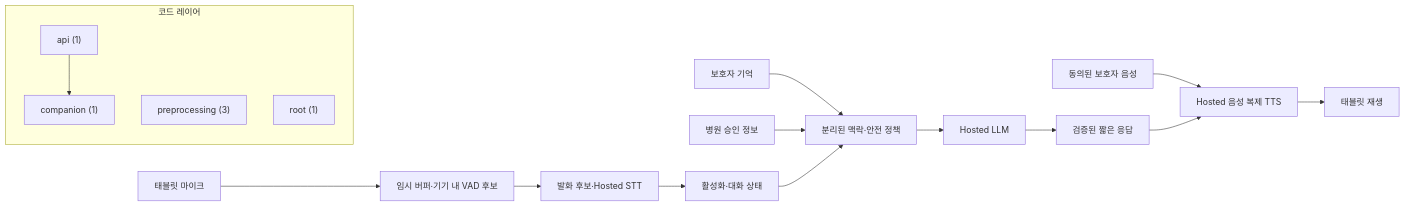
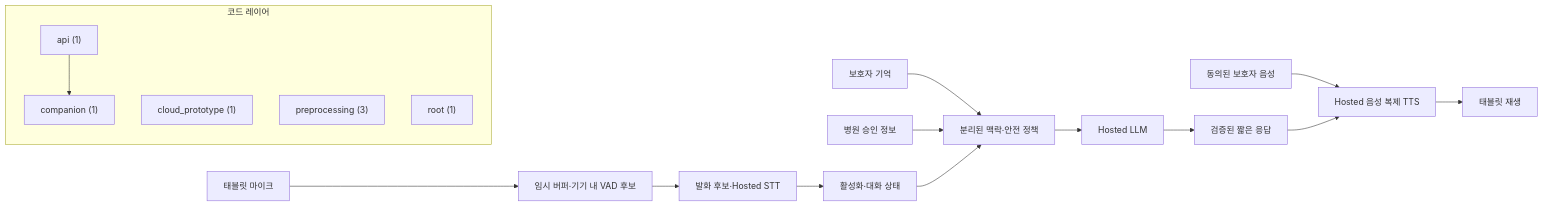
Before and after one commit to GracieRho/KoF5-TTS-delirium: the diagram in architecture/generated/project-map.md, drawn with Mermaid. The commit also changed other lines of this file and 7 other files, not shown here.

````diff
--- a/architecture/generated/project-map.md
+++ b/architecture/generated/project-map.md
@@ -5,22 +5,23 @@
 ```mermaid
 flowchart LR
   mic["태블릿 마이크"] --> vad["임시 버퍼·기기 내 VAD 후보"]
   vad --> stt["발화 후보·Hosted STT"]
   stt --> activation["활성화·대화 상태"]
   family["보호자 기억"] --> context["분리된 맥락·안전 정책"]
   hospital["병원 승인 정보"] --> context
   activation --> context
   context --> llm["Hosted LLM"]
   llm --> response["검증된 짧은 응답"]
   guardian["동의된 보호자 음성"] --> voice["Hosted 음성 복제 TTS"]
   response --> voice
   voice --> tablet["태블릿 재생"]
 
   subgraph code["코드 레이어"]
     layer_api["api (1)"]
+    layer_cloud_prototype["cloud_prototype (1)"]
     layer_companion["companion (1)"]
     layer_preprocessing["preprocessing (3)"]
     layer_root["root (1)"]
     layer_api --> layer_companion
   end
 ```
````
